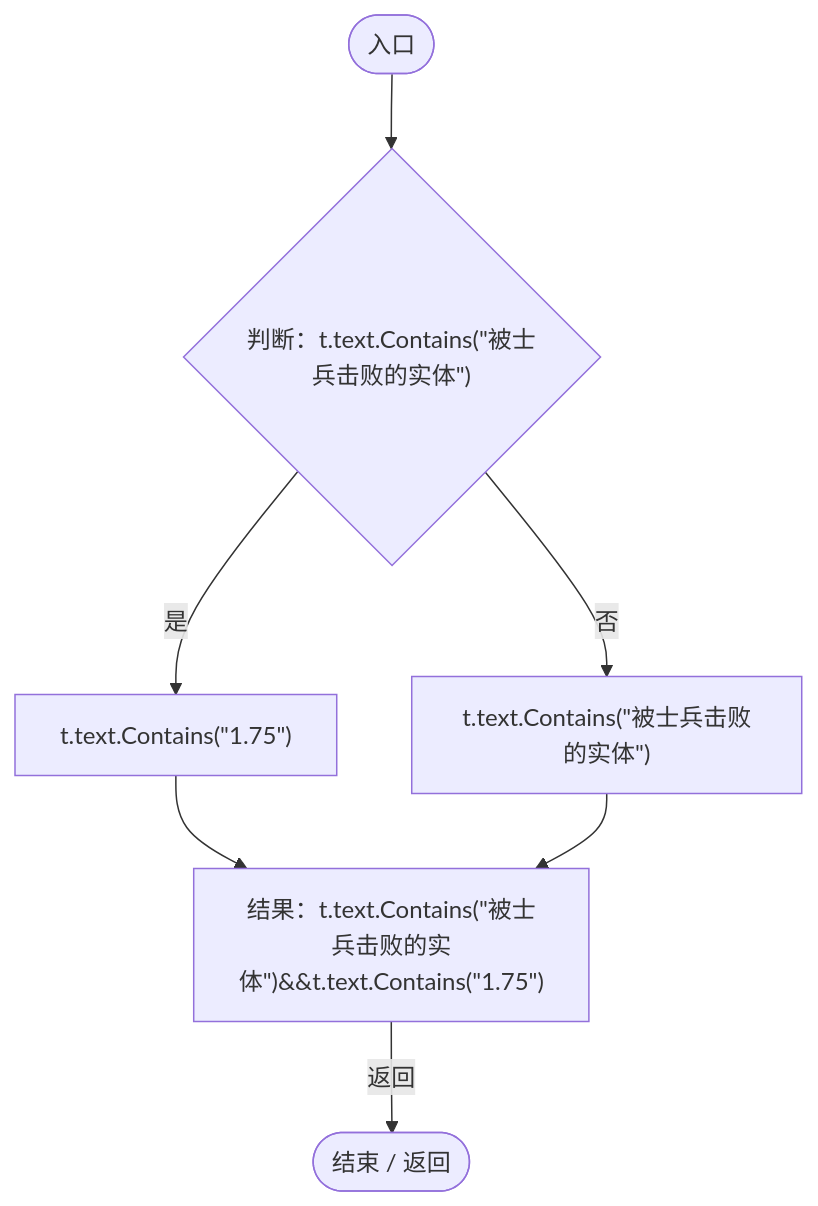
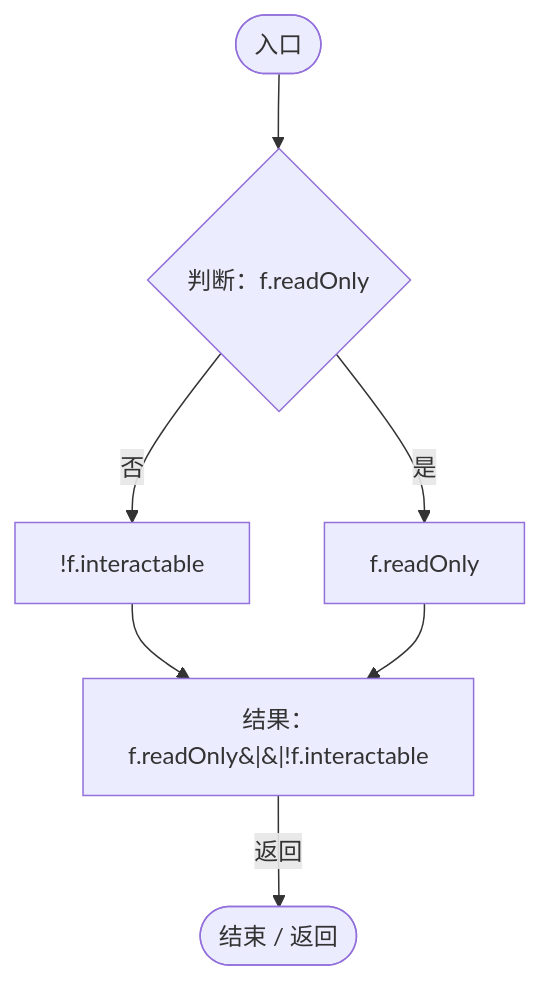
Diagram 14 of 16 in Docs/运行流程图/脚本/a1829d88f72dd1fb.md (xhs6666/Darwin_paradise), drawn with Mermaid before and after one commit. The commit also changed other lines of this file and 184 other files, not shown here.

````diff
--- a/Docs/运行流程图/脚本/a1829d88f72dd1fb.md
+++ b/Docs/运行流程图/脚本/a1829d88f72dd1fb.md
@@ -570,16 +616,16 @@
 ```mermaid
 flowchart TD
   b0(["入口"])
-  b1{"判断：t.text.Contains(&quot;被士兵击败的实体&quot;)"}
-  b2["t.text.Contains(&quot;1.75&quot;)"]
-  b3["t.text.Contains(&quot;被士兵击败的实体&quot;)"]
-  b4["结果：t.text.Contains(&quot;被士兵击败的实体&quot;)&amp;&amp;t.text.Contains(&quot;1.75&quot;)"]
+  b1{"判断：f.readOnly"}
+  b2["!f.interactable"]
+  b3["f.readOnly"]
+  b4["结果：f.readOnly&#124;&#124;!f.interactable"]
   b5(["结束 / 返回"])
   b0 --> b1
-  b1 -->|"是"| b2
-  b1 -->|"否"| b3
+  b1 -->|"否"| b2
+  b1 -->|"是"| b3
   b2 --> b4
   b3 --> b4
   b4 -->|"返回"| b5
 
 ```
````
